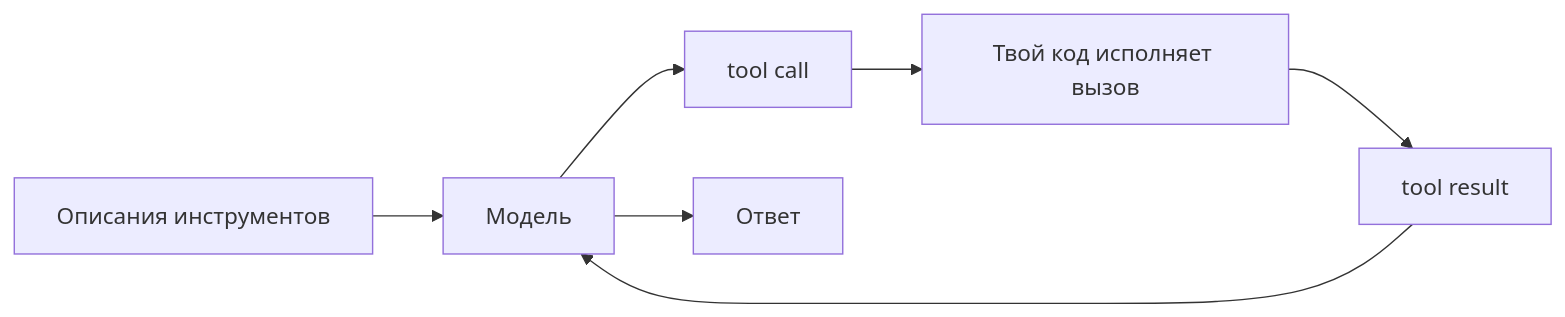
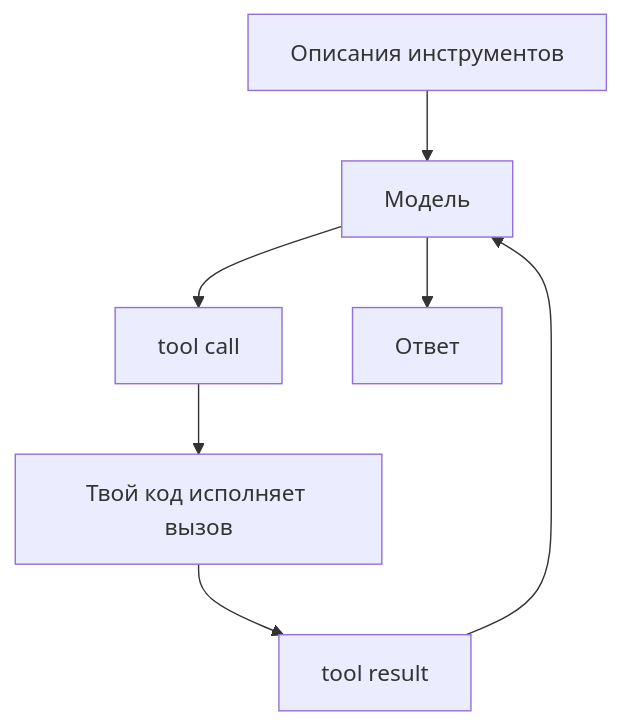
Before and after one commit to NikolaiSachok/ai-engineering-handbook: the diagram in i18n/ru/docusaurus-plugin-content-docs/current/part-2-agents/real-agents.md, drawn with Mermaid. The commit also changed 75 other files, not shown here.

First line of the commit message:
fix(diagrams): re-author wide diagrams, and measure the three locales the gate never saw (#441)

````diff
--- a/i18n/ru/docusaurus-plugin-content-docs/current/part-2-agents/real-agents.md
+++ b/i18n/ru/docusaurus-plugin-content-docs/current/part-2-agents/real-agents.md
@@ -46,9 +46,9 @@
 ```mermaid
-flowchart LR
+flowchart TB
     Defs["Описания инструментов"] --> M["Модель"]
     M --> TC["tool call"]
     TC --> X["Твой код исполняет вызов"]
     X --> TR["tool result"]
     TR --> M
     M --> Ans["Ответ"]
 ```
````
